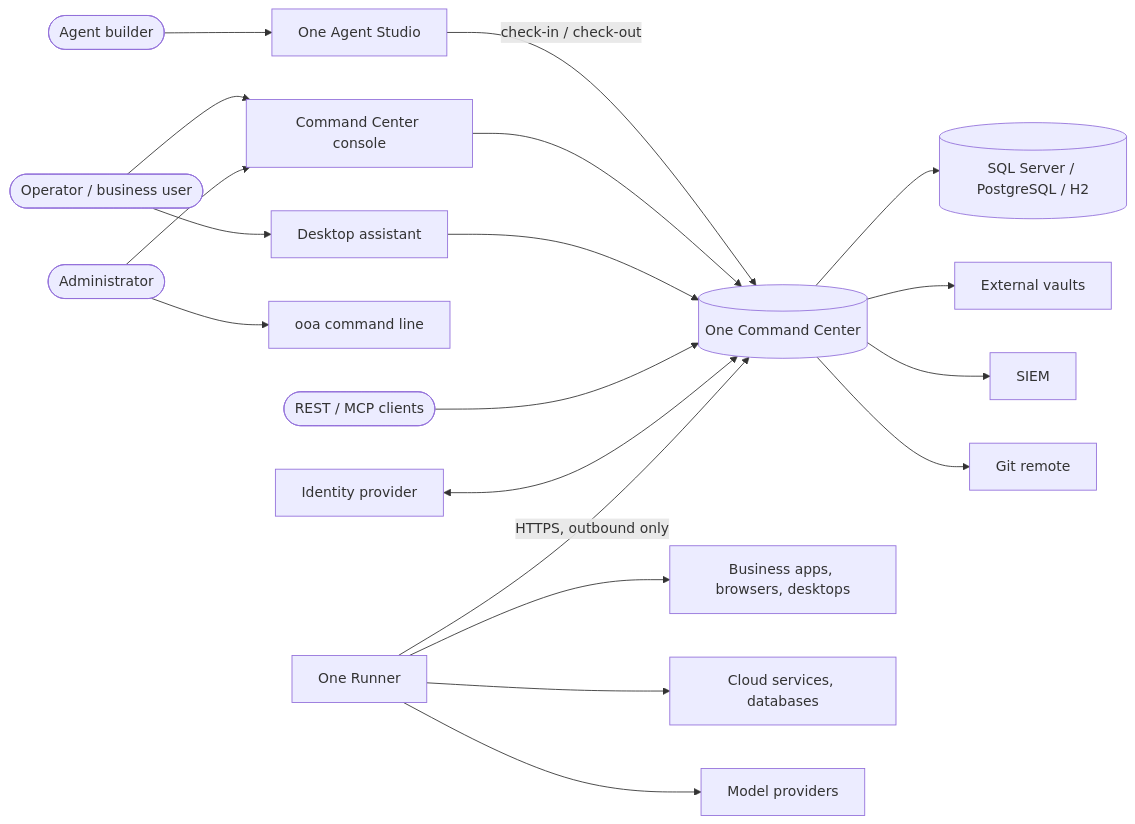
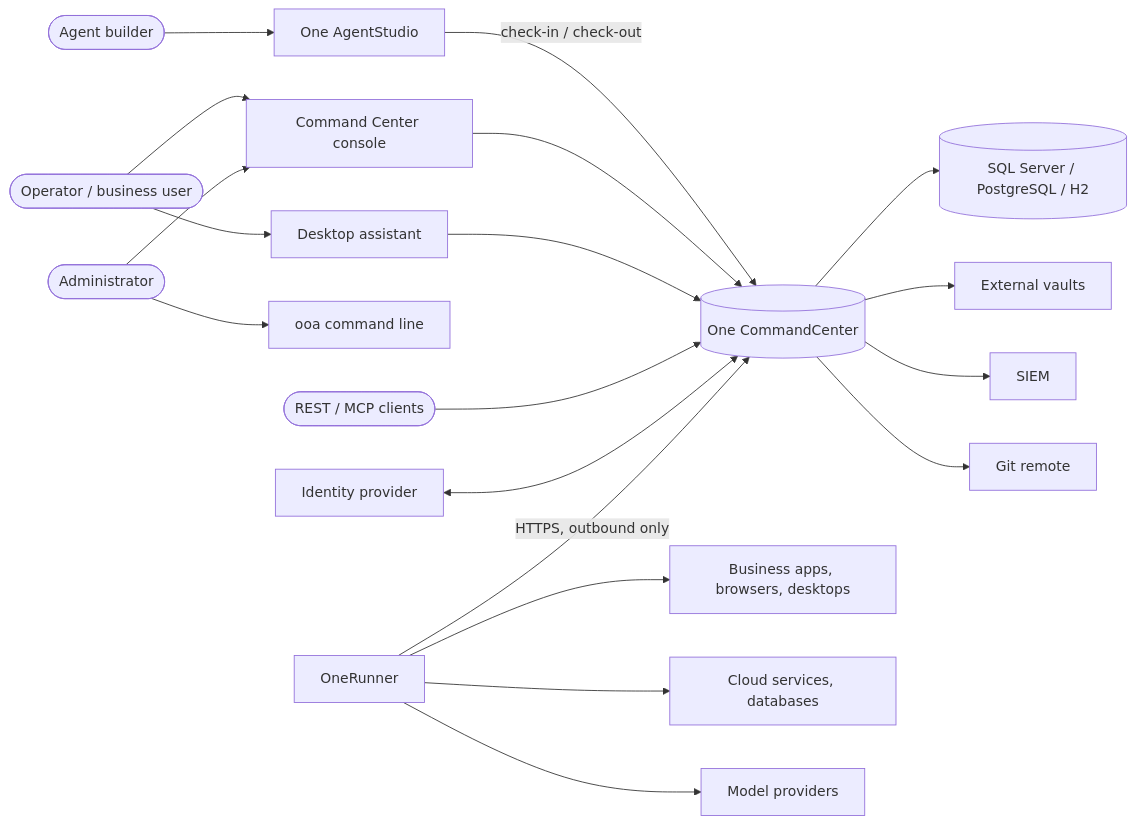
Before and after one commit to OneOfficeautomation-Private-Limited/OneOfficeAutomation-Platform: the first of 3 diagrams in docs/architecture/01-system-overview.md, drawn with Mermaid. The commit also changed other lines of this file and 121 other files, not shown here.

````diff
--- a/docs/architecture/01-system-overview.md
+++ b/docs/architecture/01-system-overview.md
@@ -67,21 +67,21 @@
 ```mermaid
 flowchart LR
-    builder([Agent builder]) --> studio[One Agent Studio]
+    builder([Agent builder]) --> studio[One AgentStudio]
     operator([Operator / business user]) --> console[Command Center console]
     operator --> tray[Desktop assistant]
     admin([Administrator]) --> console
     admin --> cli[ooa command line]
-    studio -- check-in / check-out --> cc[(One Command Center)]
+    studio -- check-in / check-out --> cc[(One CommandCenter)]
     console --> cc
     tray --> cc
     extclient([REST / MCP clients]) --> cc
     idp[Identity provider] <--> cc
     cc --> db[(SQL Server / PostgreSQL / H2)]
     cc --> xvault[External vaults]
     cc --> siem[SIEM]
     cc --> git[Git remote]
-    runner[One Runner] -- HTTPS, outbound only --> cc
+    runner[OneRunner] -- HTTPS, outbound only --> cc
     runner --> apps[Business apps, browsers, desktops]
     runner --> cloud[Cloud services, databases]
     runner --> llm[Model providers]
 ```
````
